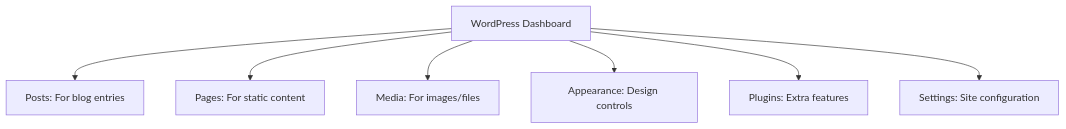
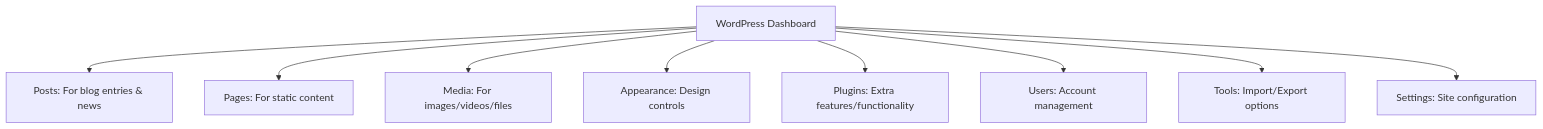
The first of 2 diagrams in how-to-build-a-wordpress-website.md (danielcregg/os-cc-lectures-and-labs), drawn with Mermaid before and after one commit. The commit also changed other lines of this file, not shown here.

````diff
--- a/how-to-build-a-wordpress-website.md
+++ b/how-to-build-a-wordpress-website.md
@@ -49,9 +54,11 @@
 ```mermaid
 graph TD
-    A[WordPress Dashboard] --> B[Posts: For blog entries]
+    A[WordPress Dashboard] --> B[Posts: For blog entries & news]
     A --> C[Pages: For static content]
-    A --> D[Media: For images/files]
+    A --> D[Media: For images/videos/files]
     A --> E[Appearance: Design controls]
-    A --> F[Plugins: Extra features]
-    A --> G[Settings: Site configuration]
+    A --> F[Plugins: Extra features/functionality]
+    A --> G[Users: Account management]
+    A --> H[Tools: Import/Export options]
+    A --> I[Settings: Site configuration]
 ```
````
